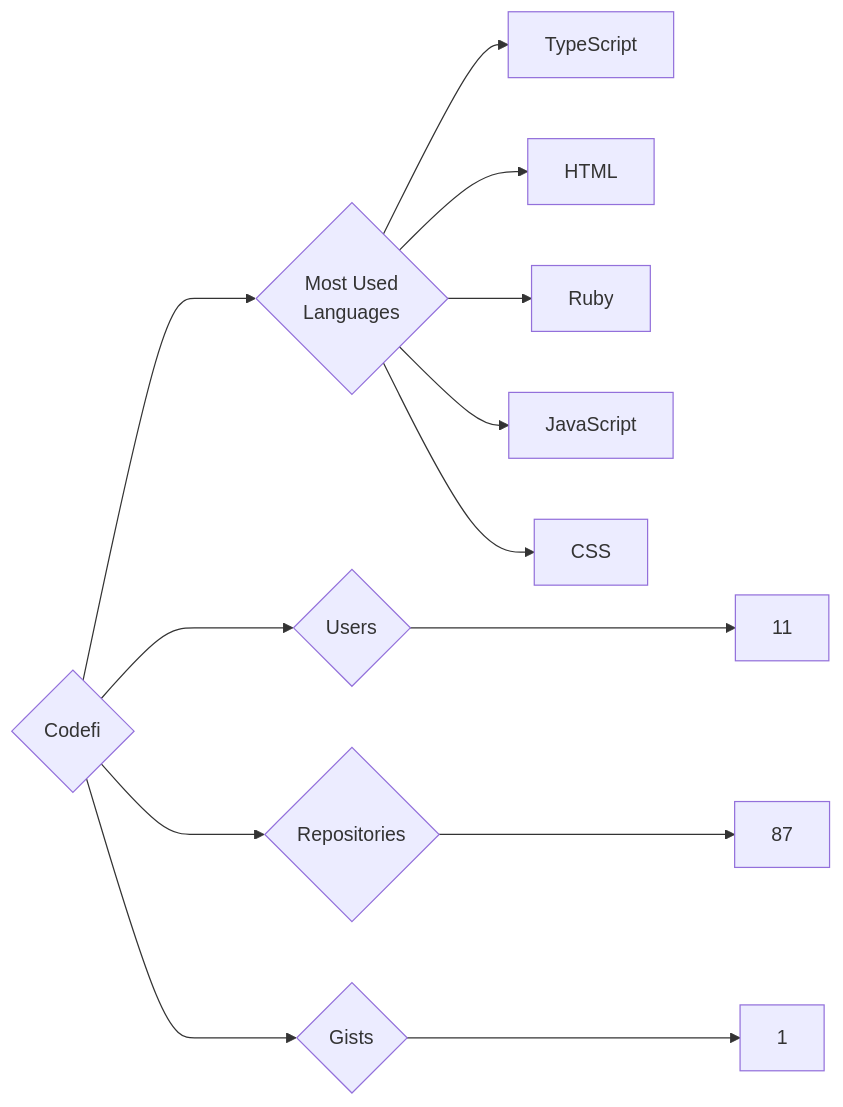
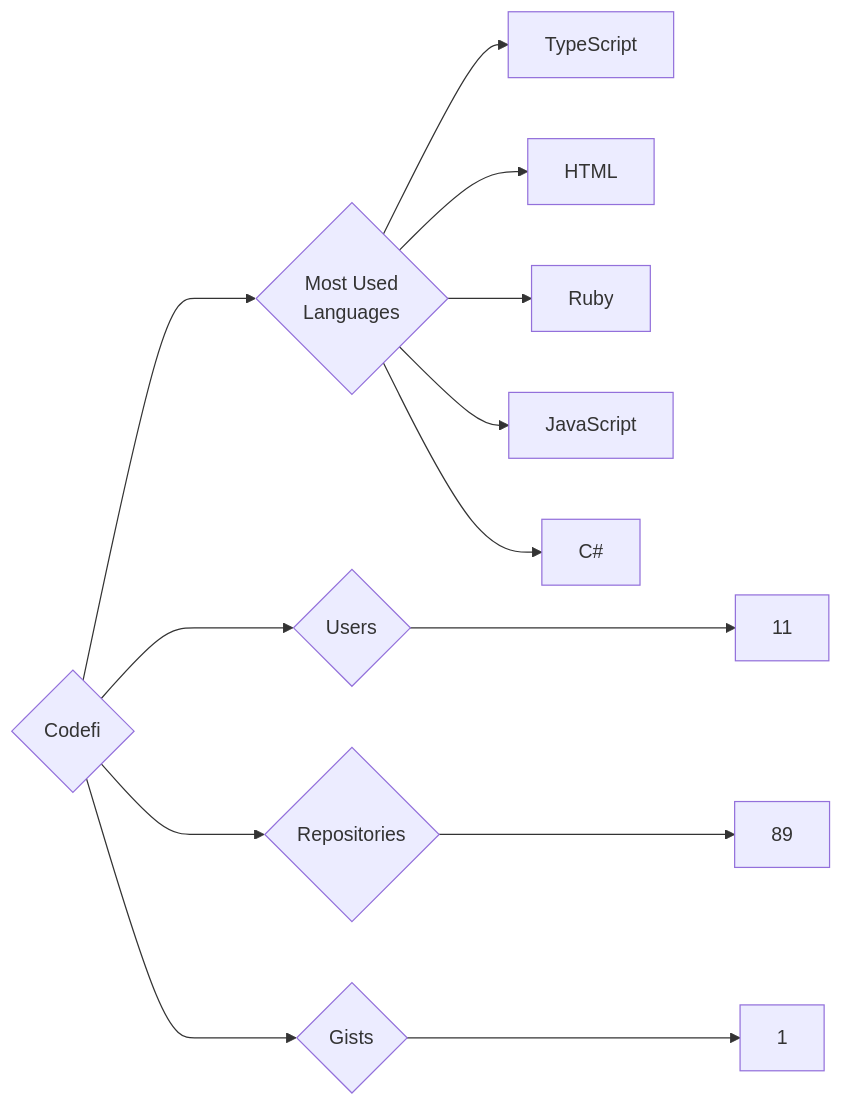
Before and after one commit to trickest/insiders: the diagram in targets/Codefi/README.md, drawn with Mermaid. The commit also changed 1078 other files, not shown here.

````diff
--- a/targets/Codefi/README.md
+++ b/targets/Codefi/README.md
@@ -3,13 +3,13 @@
 ```mermaid
 graph LR
 COMPANY_NAME{Codefi}
 COMPANY_NAME ---> U{Users} ---> UN[11]
-COMPANY_NAME ---> R{Repositories} ---> RN[87]
+COMPANY_NAME ---> R{Repositories} ---> RN[89]
 COMPANY_NAME ---> G{Gists} ---> GN[1]
 COMPANY_NAME ---> ML{Most Used<br>Languages}
 ML --> TypeScript[TypeScript]
 ML --> HTML[HTML]
 ML --> Ruby[Ruby]
 ML --> JavaScript[JavaScript]
-ML --> CSS[CSS]
+ML --> C#[C#]
 ```
````
